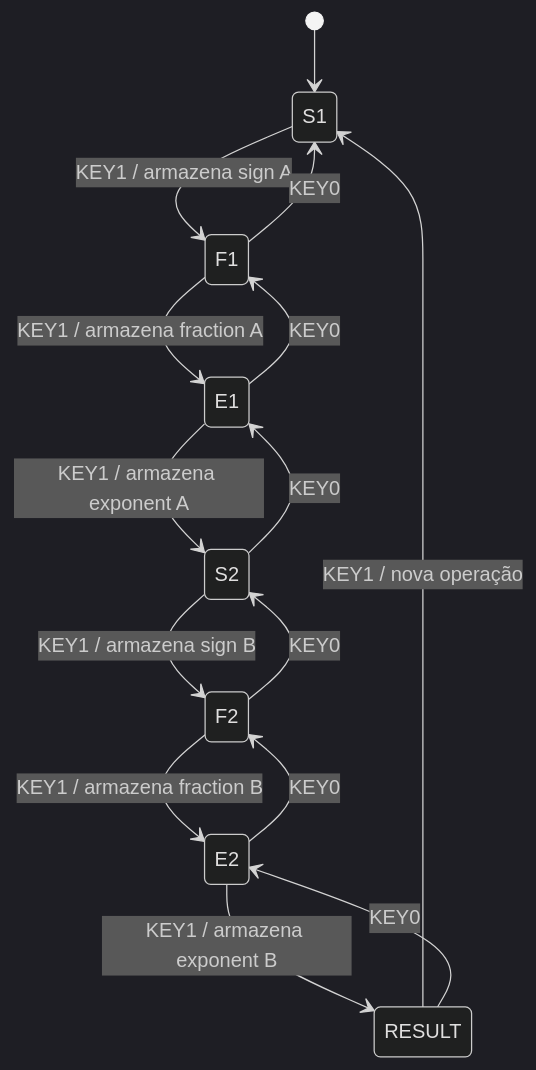
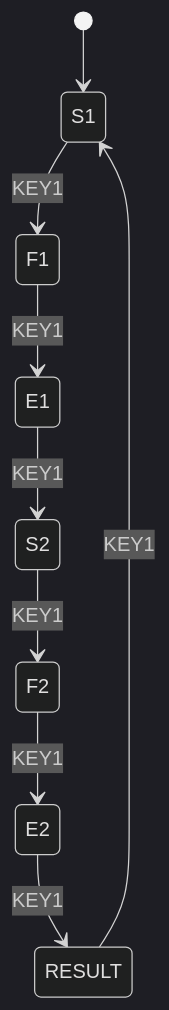
The second of 2 diagrams in docs/HARDWARE_DE10_LITE.md (guiPython/de10-lite-fp-adder), drawn with Mermaid (dark theme) before and after one commit. The commit also changed other lines of this file and 9 other files, not shown here.

````diff
--- a/docs/HARDWARE_DE10_LITE.md
+++ b/docs/HARDWARE_DE10_LITE.md
@@ -49,18 +31,11 @@
 ```mermaid
 stateDiagram-v2
     [*] --> S1
-    S1 --> F1: KEY1 / armazena sign A
-    F1 --> E1: KEY1 / armazena fraction A
-    E1 --> S2: KEY1 / armazena exponent A
-    S2 --> F2: KEY1 / armazena sign B
-    F2 --> E2: KEY1 / armazena fraction B
-    E2 --> RESULT: KEY1 / armazena exponent B
-    RESULT --> S1: KEY1 / nova operação
-
-    F1 --> S1: KEY0
-    E1 --> F1: KEY0
-    S2 --> E1: KEY0
-    F2 --> S2: KEY0
-    E2 --> F2: KEY0
-    RESULT --> E2: KEY0
+    S1 --> F1: KEY1
+    F1 --> E1: KEY1
+    E1 --> S2: KEY1
+    S2 --> F2: KEY1
+    F2 --> E2: KEY1
+    E2 --> RESULT: KEY1
+    RESULT --> S1: KEY1
 ```
````
